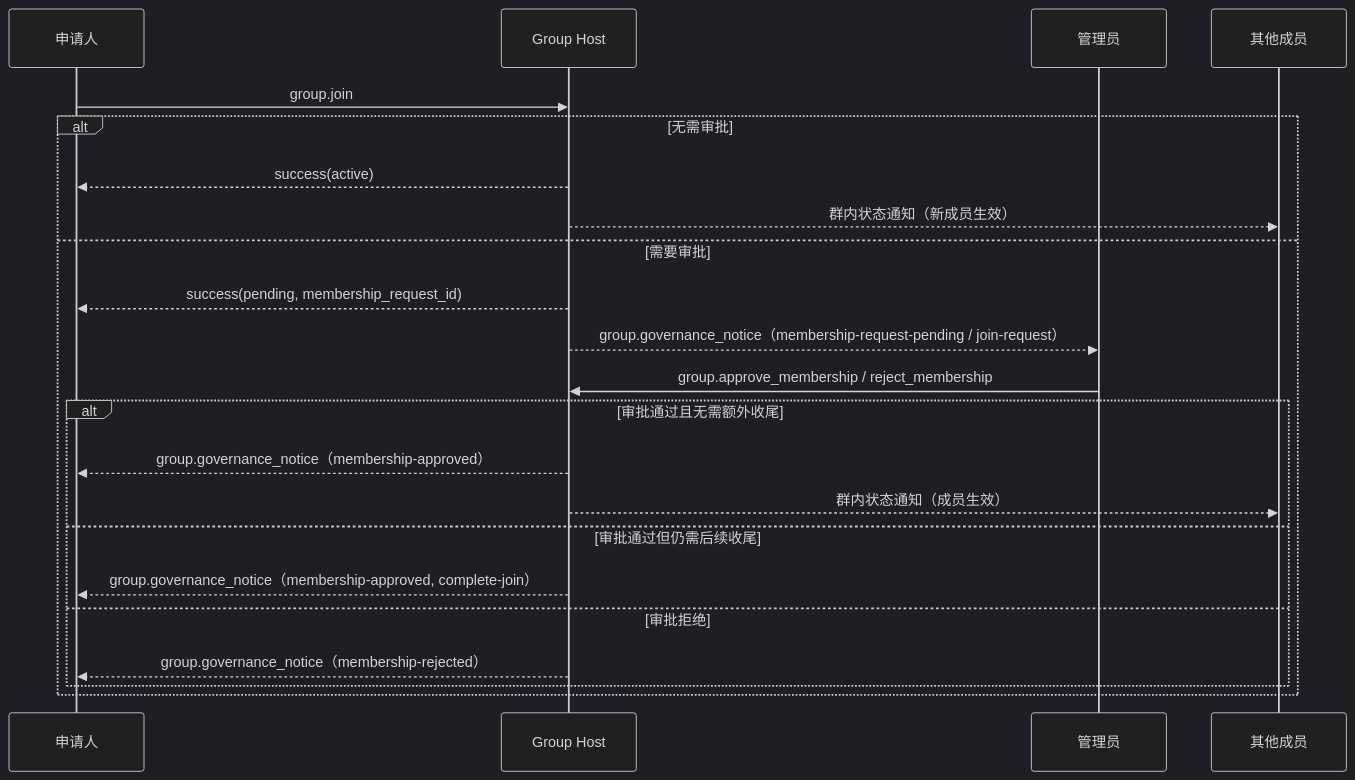
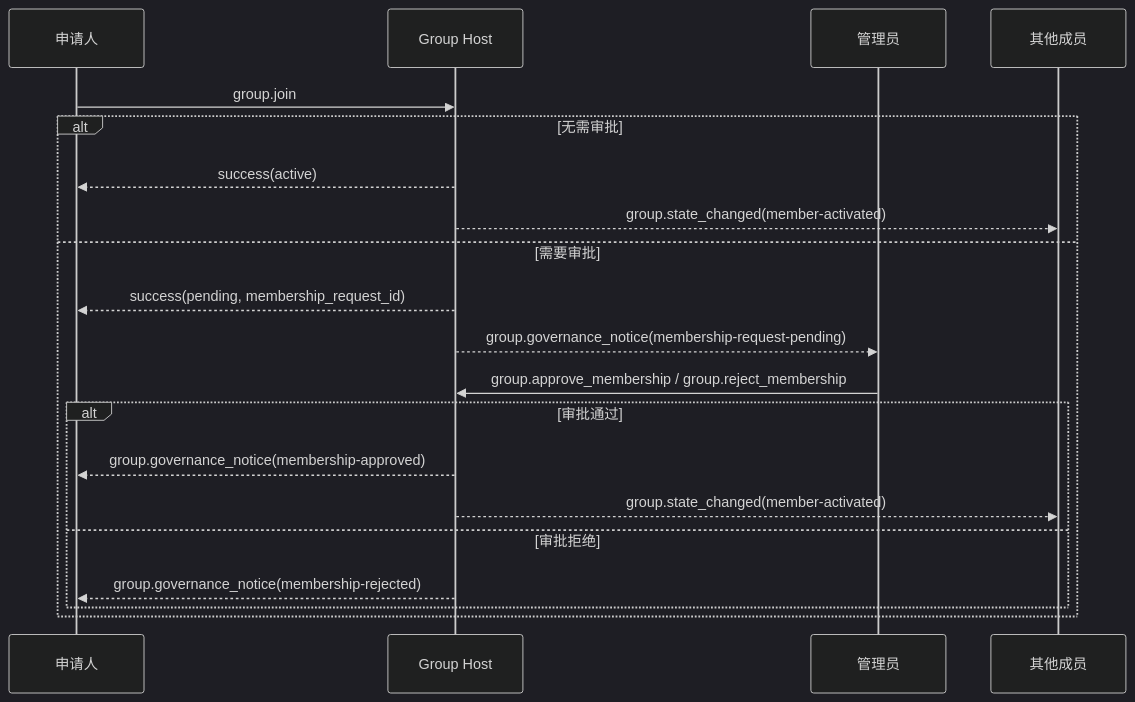
The second of 7 diagrams in chinese/message/04-群组基础语义.md (NeatNerdPrime/AgentNetworkProtocol), drawn with Mermaid (dark theme) before and after one commit. The commit also changed other lines of this file and 3 other files, not shown here.

````diff
--- a/chinese/message/04-群组基础语义.md
+++ b/chinese/message/04-群组基础语义.md
@@ -1523,25 +1204,23 @@
 ```mermaid
 sequenceDiagram
     participant Applicant as 申请人
     participant Host as Group Host
     participant Admin as 管理员
     participant Members as 其他成员
 
     Applicant->>Host: group.join
     alt 无需审批
         Host-->>Applicant: success(active)
-        Host-->>Members: 群内状态通知（新成员生效）
+        Host-->>Members: group.state_changed(member-activated)
     else 需要审批
         Host-->>Applicant: success(pending, membership_request_id)
-        Host-->>Admin: group.governance_notice（membership-request-pending / join-request）
-        Admin->>Host: group.approve_membership / reject_membership
-        alt 审批通过且无需额外收尾
-            Host-->>Applicant: group.governance_notice（membership-approved）
-            Host-->>Members: 群内状态通知（成员生效）
-        else 审批通过但仍需后续收尾
-            Host-->>Applicant: group.governance_notice（membership-approved, complete-join）
+        Host-->>Admin: group.governance_notice(membership-request-pending)
+        Admin->>Host: group.approve_membership / group.reject_membership
+        alt 审批通过
+            Host-->>Applicant: group.governance_notice(membership-approved)
+            Host-->>Members: group.state_changed(member-activated)
         else 审批拒绝
-            Host-->>Applicant: group.governance_notice（membership-rejected）
+            Host-->>Applicant: group.governance_notice(membership-rejected)
         end
     end
 ```
````
